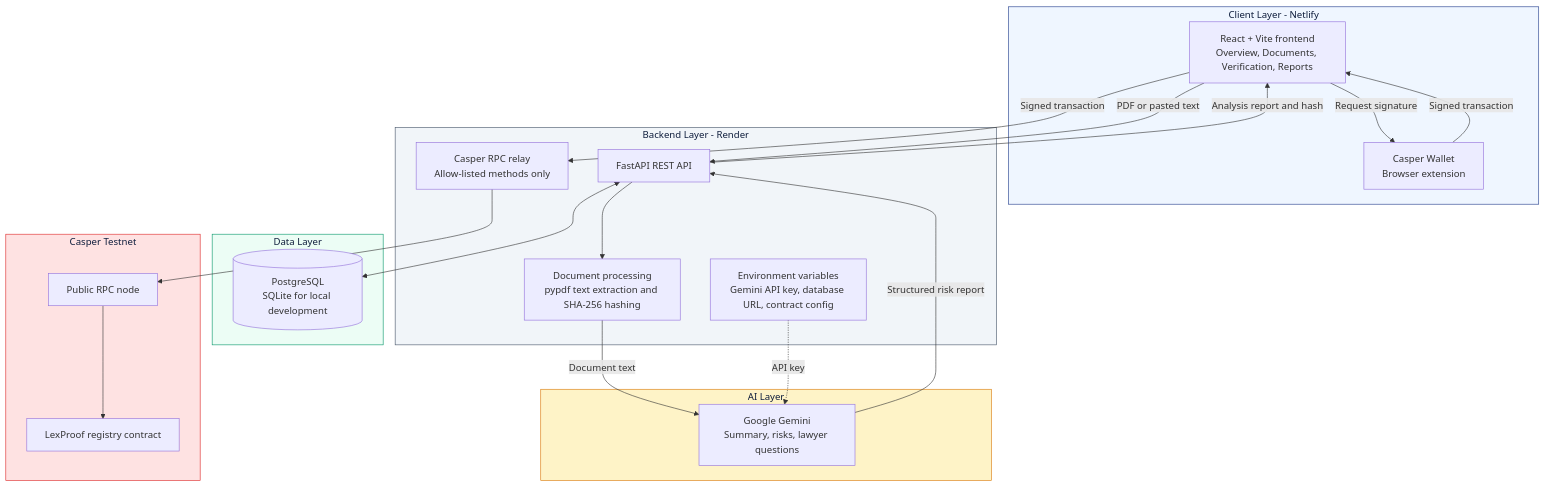
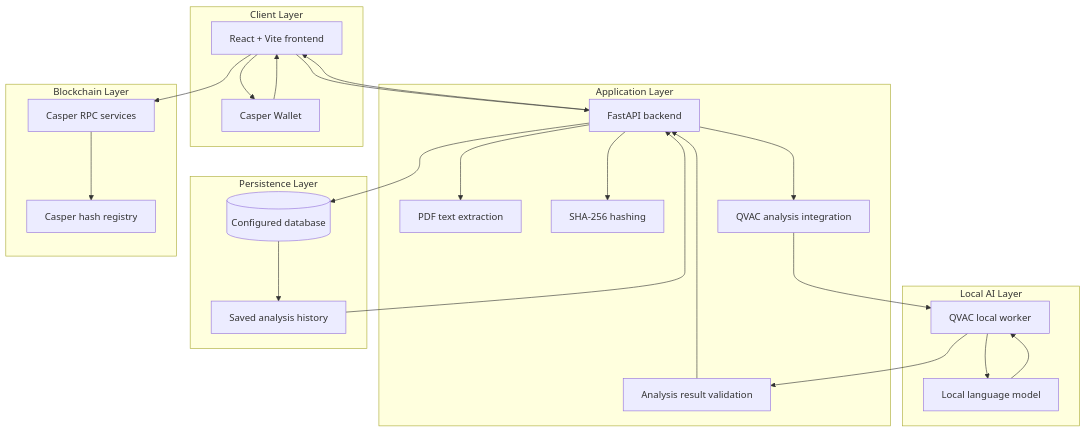
The third of 6 diagrams in README.md (Hajrajadoon/LexProof-Pocket), drawn with Mermaid before and after one commit. The commit also changed other lines of this file, not shown here.

````diff
--- a/README.md
+++ b/README.md
@@ -168,47 +248,49 @@
 ```mermaid
 flowchart TB
-    subgraph Client["Client Layer - Netlify"]
-        UI["React + Vite frontend<br/>Overview, Documents, Verification, Reports"]
-        WALLET["Casper Wallet<br/>Browser extension"]
+    subgraph Client["Client Layer"]
+        UI["React + Vite frontend"]
+        WALLET["Casper Wallet"]
     end
 
-    subgraph Backend["Backend Layer - Render"]
-        API["FastAPI REST API"]
-        EXTRACT["Document processing<br/>pypdf text extraction and SHA-256 hashing"]
-        RELAY["Casper RPC relay<br/>Allow-listed methods only"]
-        ENV["Environment variables<br/>Gemini API key, database URL, contract config"]
+    subgraph Backend["Application Layer"]
+        API["FastAPI backend"]
+        PDF["PDF text extraction"]
+        HASH["SHA-256 hashing"]
+        QVAC["QVAC analysis integration"]
+        VALIDATE["Analysis result validation"]
     end
 
-    subgraph Data["Data Layer"]
-        DB[("PostgreSQL<br/>SQLite for local development")]
+    subgraph LocalAI["Local AI Layer"]
+        WORKER["QVAC local worker"]
+        MODEL["Local language model"]
     end
 
-    subgraph AI["AI Layer"]
-        GEMINI["Google Gemini<br/>Summary, risks, lawyer questions"]
+    subgraph Storage["Persistence Layer"]
+        DB[("Configured database")]
+        HISTORY["Saved analysis history"]
     end
 
-    subgraph Chain["Casper Testnet"]
-        NODE["Public RPC node"]
-        SC["LexProof registry contract"]
+    subgraph Blockchain["Blockchain Layer"]
+        RPC["Casper RPC services"]
+        REGISTRY["Casper hash registry"]
     end
 
-    UI -- "PDF or pasted text" --> API
-    API --> EXTRACT
-    EXTRACT -- "Document text" --> GEMINI
-    ENV -. "API key" .-> GEMINI
-    GEMINI -- "Structured risk report" --> API
-    API <--> DB
-    API -- "Analysis report and hash" --> UI
+    UI --> API
+    API --> PDF
+    API --> HASH
+    API --> QVAC
+    QVAC --> WORKER
+    WORKER --> MODEL
+    MODEL --> WORKER
+    WORKER --> VALIDATE
+    VALIDATE --> API
+    API --> DB
+    DB --> HISTORY
+    HISTORY --> API
+    API --> UI
 
-    UI -- "Request signature" --> WALLET
-    WALLET -- "Signed transaction" --> UI
-    UI -- "Signed transaction" --> RELAY
-    RELAY --> NODE
-    NODE --> SC
-
-    style Client fill:#EFF6FF,stroke:#1E3A8A,color:#0F1E3D
-    style Backend fill:#F1F5F9,stroke:#475569,color:#0F1E3D
-    style Data fill:#ECFDF5,stroke:#059669,color:#0F1E3D
-    style AI fill:#FEF3C7,stroke:#D97706,color:#0F1E3D
-    style Chain fill:#FEE2E2,stroke:#DC2626,color:#0F1E3D
+    UI --> WALLET
+    WALLET --> UI
+    UI --> RPC
+    RPC --> REGISTRY
 ```
````
